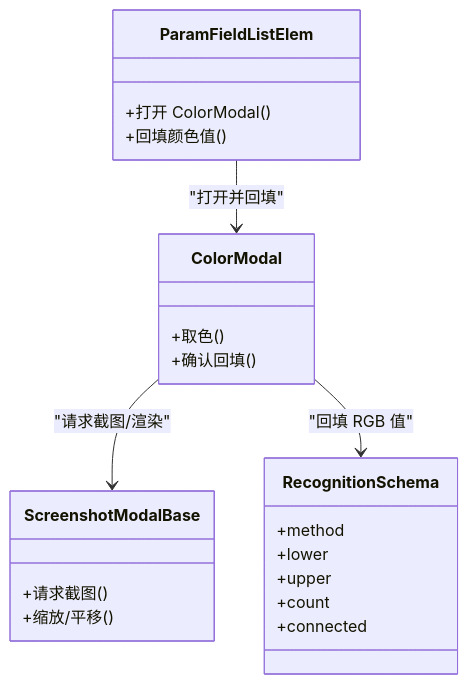
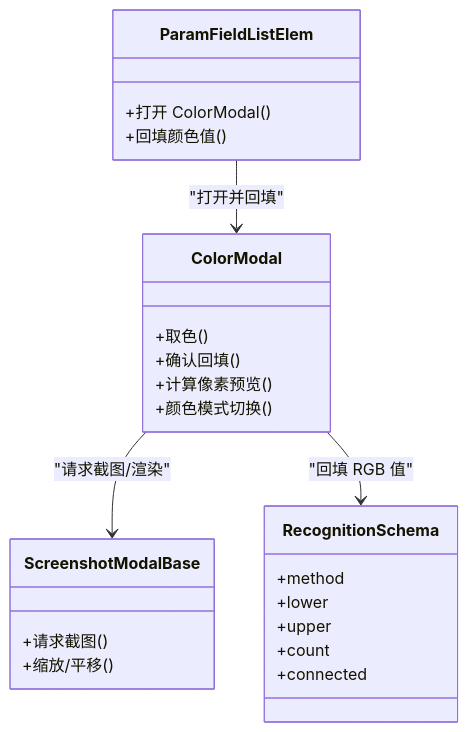
Before and after one commit to kqcoxn/MaaPipelineEditor: the fourth of 4 diagrams in .qoder/repowiki/zh/content/核心概念/颜色识别模态框.md, drawn with Mermaid. The commit also changed other lines of this file and 6 other files, not shown here.

````diff
--- a/.qoder/repowiki/zh/content/核心概念/颜色识别模态框.md
+++ b/.qoder/repowiki/zh/content/核心概念/颜色识别模态框.md
@@ -213,25 +236,27 @@
 ```mermaid
 classDiagram
 class ParamFieldListElem {
 +打开 ColorModal()
 +回填颜色值()
 }
 class ColorModal {
 +取色()
 +确认回填()
++计算像素预览()
++颜色模式切换()
 }
 class ScreenshotModalBase {
 +请求截图()
 +缩放/平移()
 }
 class RecognitionSchema {
 +method
 +lower
 +upper
 +count
 +connected
 }
 ParamFieldListElem --> ColorModal : "打开并回填"
 ColorModal --> ScreenshotModalBase : "请求截图/渲染"
 ColorModal --> RecognitionSchema : "回填 RGB 值"
 ```
````
